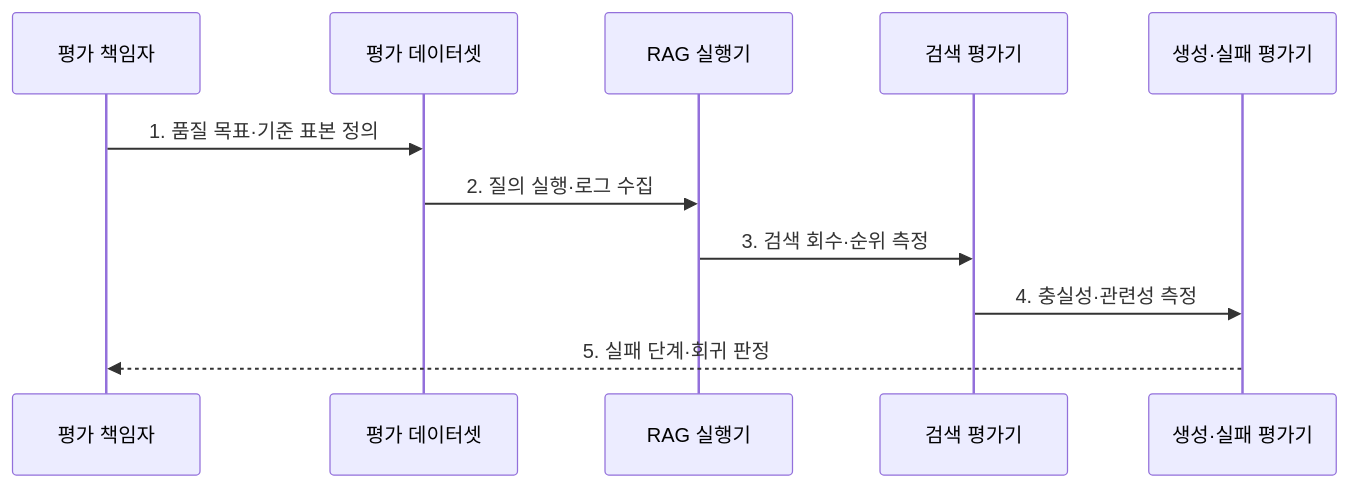
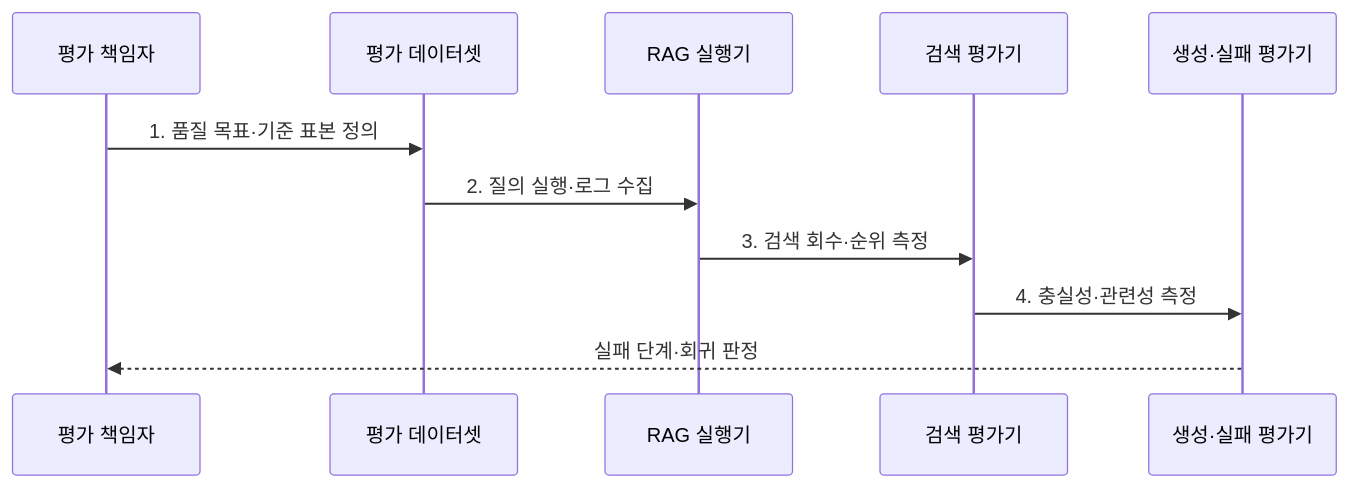
The second of 2 diagrams in src/content/docs/notes/08-latest-tech/081_rag_evaluation.md (agnusdei1207/knowledge-base), drawn with Mermaid before and after one commit. The commit also changed other lines of this file and 225 other files, not shown here.

````diff
--- a/src/content/docs/notes/08-latest-tech/081_rag_evaluation.md
+++ b/src/content/docs/notes/08-latest-tech/081_rag_evaluation.md
@@ -78,13 +78,13 @@
 ```mermaid
 sequenceDiagram
     participant O as 평가 책임자
     participant D as 평가 데이터셋
     participant X as RAG 실행기
     participant R as 검색 평가기
     participant G as 생성·실패 평가기
     O->>D: 1. 품질 목표·기준 표본 정의
     D->>X: 2. 질의 실행·로그 수집
     X->>R: 3. 검색 회수·순위 측정
     R->>G: 4. 충실성·관련성 측정
-    G-->>O: 5. 실패 단계·회귀 판정
+    G-->>O: 실패 단계·회귀 판정
 ```
````
